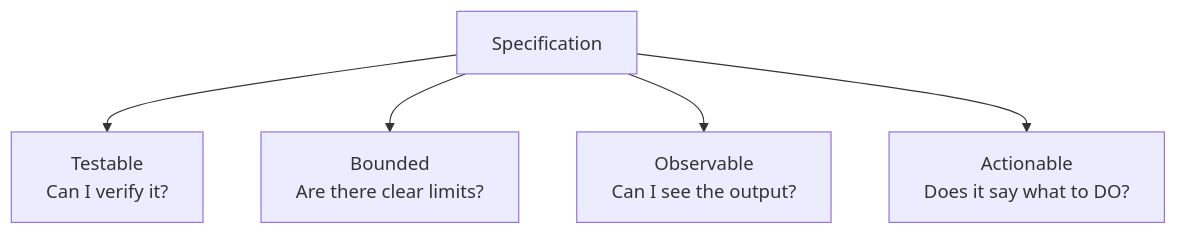
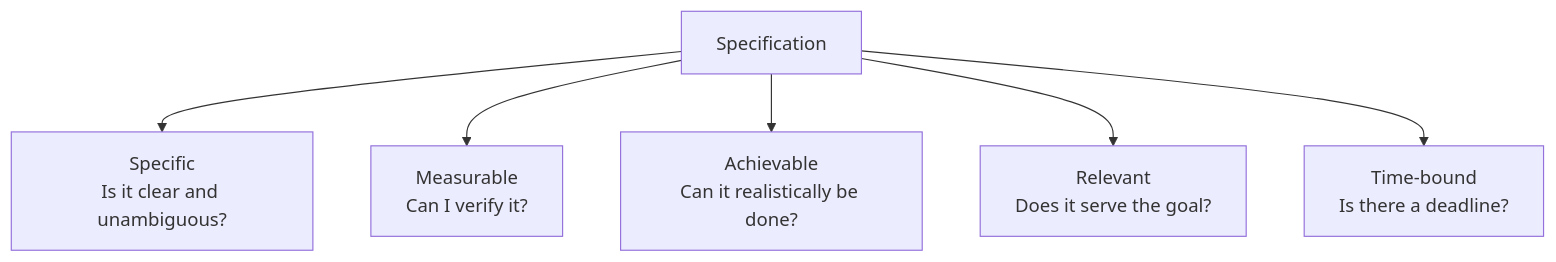
The first of 3 diagrams in Week2/01-what-makes-a-good-specification.md (NamrataRev/AI_academy), drawn with Mermaid before and after one commit. The commit also changed other lines of this file, not shown here.

````diff
--- a/Week2/01-what-makes-a-good-specification.md
+++ b/Week2/01-what-makes-a-good-specification.md
@@ -68,7 +72,8 @@
 ```mermaid
 flowchart TD
-    A[Specification] --> B[Testable\nCan I verify it?]
-    A --> C[Bounded\nAre there clear limits?]
-    A --> D[Observable\nCan I see the output?]
-    A --> E[Actionable\nDoes it say what to DO?]
+    A[Specification] --> B[Specific\nIs it clear and unambiguous?]
+    A --> C[Measurable\nCan I verify it?]
+    A --> D[Achievable\nCan it realistically be done?]
+    A --> E[Relevant\nDoes it serve the goal?]
+    A --> F[Time-bound\nIs there a deadline?]
 ```
````
